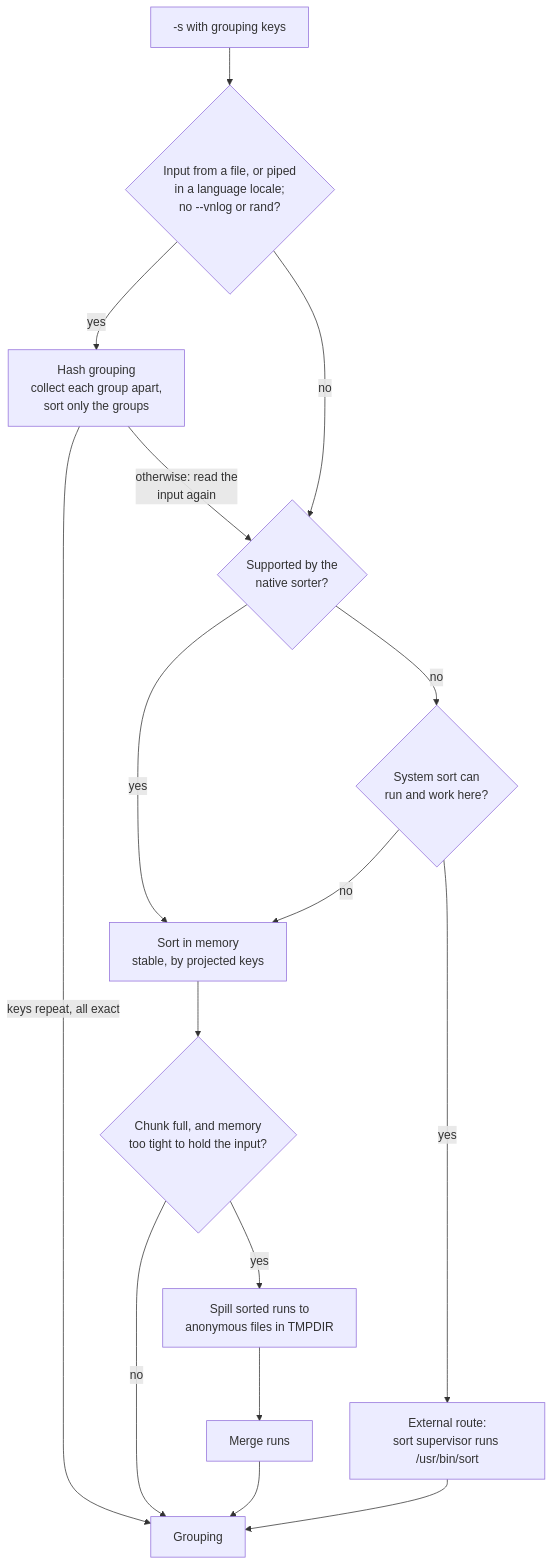
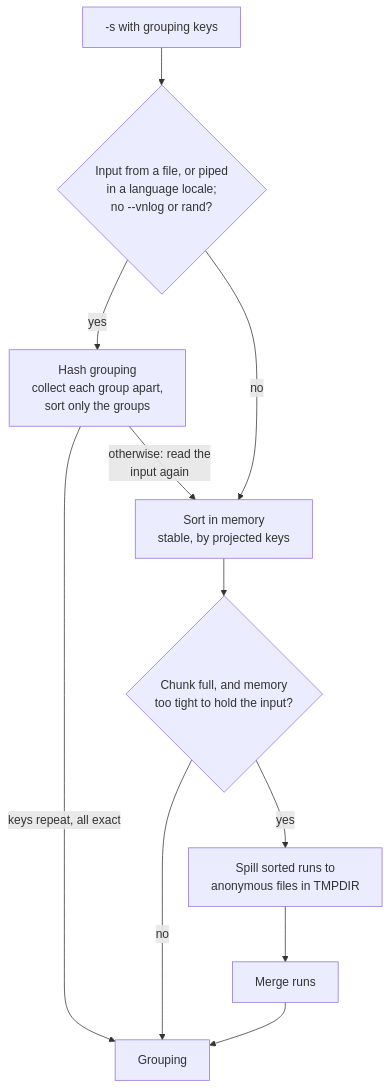
The third of 3 diagrams in ARCHITECTURE.md (pederbe/fastmash), drawn with Mermaid before and after one commit. The commit also changed other lines of this file and 79 other files, not shown here.

Commit message:
Use native duplicate removal and retire the external sorter

````diff
--- a/ARCHITECTURE.md
+++ b/ARCHITECTURE.md
@@ -184,18 +183,13 @@
 ```mermaid
 flowchart TD
     A["-s with grouping keys"] --> R{"Input from a file, or piped<br/>in a language locale;<br/>no --vnlog or rand?"}
     R -- yes --> Y[Hash grouping<br/>collect each group apart,<br/>sort only the groups]
     Y -- "keys repeat, all exact" --> G
-    Y -- "otherwise: read the<br/>input again" --> B
-    R -- no --> B{"Supported by the<br/>native sorter?"}
-    B -- yes --> C[Sort in memory<br/>stable, by projected keys]
+    Y -- "otherwise: read the<br/>input again" --> C
+    R -- no --> C[Sort in memory<br/>stable, by projected keys]
     C --> D{"Chunk full, and memory<br/>too tight to hold the input?"}
     D -- no --> G[Grouping]
     D -- yes --> E[Spill sorted runs to<br/>anonymous files in TMPDIR]
     E --> F[Merge runs]
     F --> G
-    B -- no --> H{"System sort can<br/>run and work here?"}
-    H -- no --> C
-    H -- yes --> X["External route:<br/>sort supervisor runs /usr/bin/sort"]
-    X --> G
 ```
````
